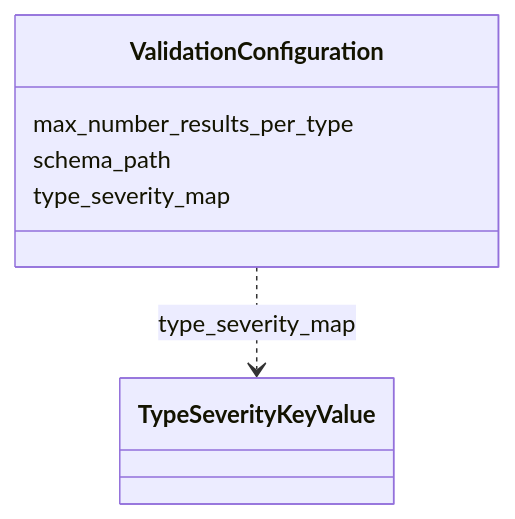
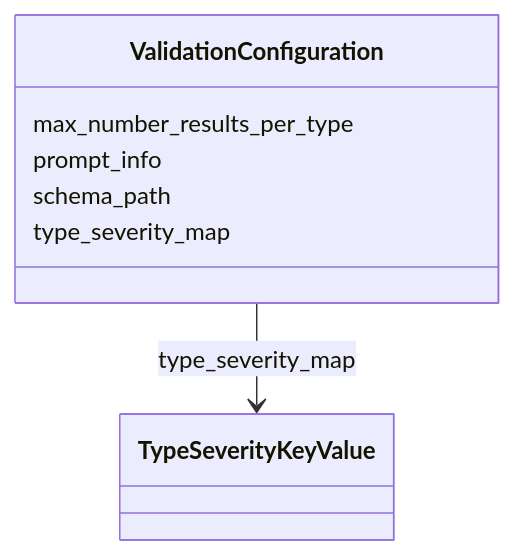
The diagram in validation/ValidationConfiguration.md (dalito/ontology-access-kit), drawn with Mermaid before and after one commit. The commit also changed other lines of this file and 3370 other files, not shown here.

````diff
--- a/validation/ValidationConfiguration.md
+++ b/validation/ValidationConfiguration.md
@@ -11,13 +15,15 @@
 ```{mermaid}
  classDiagram
     class ValidationConfiguration
       ValidationConfiguration : max_number_results_per_type
         
+      ValidationConfiguration : prompt_info
+        
       ValidationConfiguration : schema_path
         
       ValidationConfiguration : type_severity_map
         
-          ValidationConfiguration ..> TypeSeverityKeyValue : type_severity_map
+          ValidationConfiguration --> TypeSeverityKeyValue : type_severity_map
         
       
 ```
````
